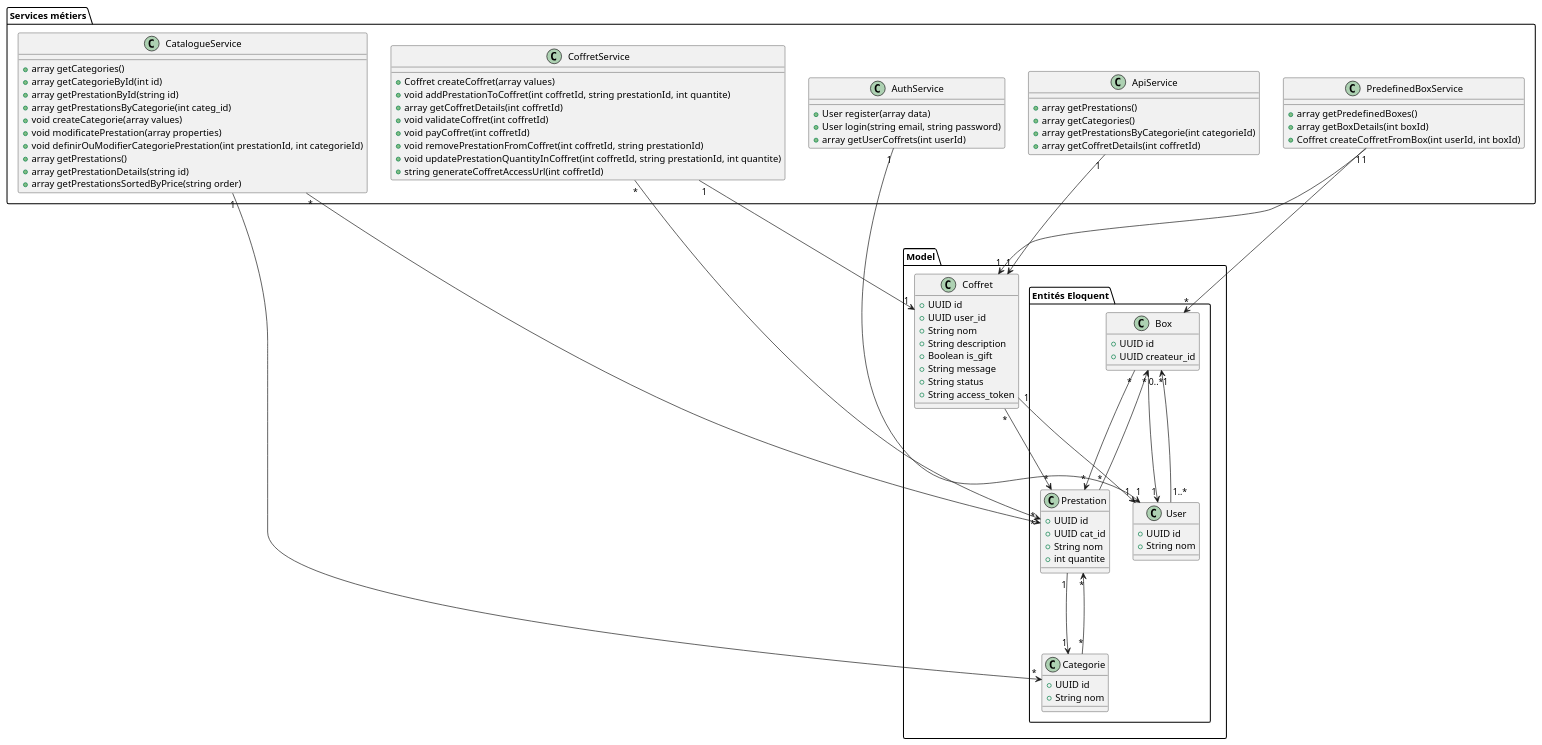
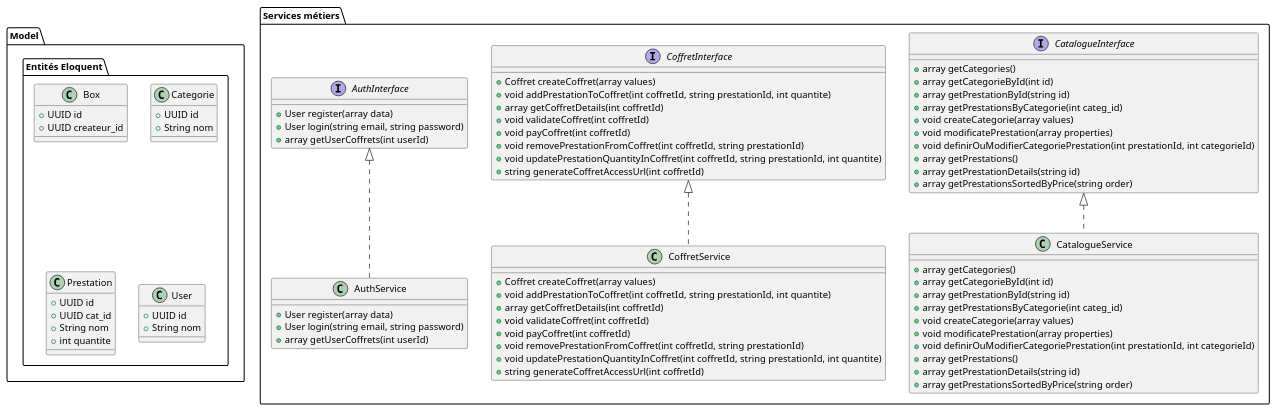
The diagram in diagrams/diagram.puml (Nin0A/mygiftbox), drawn with PlantUML before and after one commit.

Commit message:
Màj du du diagramme de classe

```diff
--- a/diagrams/diagram.puml
+++ b/diagrams/diagram.puml
@@ -1,110 +1,93 @@
 @startuml Diagramme de Classe
 
 ' Définition des classes
 package "Model" {
     package "Entités Eloquent" {
         class Box {
             +UUID id
             +UUID createur_id
         }
 
         class Categorie {
             +UUID id
             +String nom
         }
 
         class Prestation {
             +UUID id
             +UUID cat_id
             +String nom
             +int quantite
         }
 
         class User {
             +UUID id
             +String nom
         }
     }
-
-    class Coffret {
-        +UUID id
-        +UUID user_id
-        +String nom
-        +String description
-        +Boolean is_gift
-        +String message
-        +String status
-        +String access_token
-    }
 }
 
 ' Définition des services métiers
 package "Services métiers" {
-    class CatalogueService {
+    interface CatalogueInterface {
         +array getCategories()
         +array getCategorieById(int id)
         +array getPrestationById(string id)
         +array getPrestationsByCategorie(int categ_id)
         +void createCategorie(array values)
         +void modificatePrestation(array properties)
         +void definirOuModifierCategoriePrestation(int prestationId, int categorieId)
         +array getPrestations()
         +array getPrestationDetails(string id)
         +array getPrestationsSortedByPrice(string order)
     }
 
-    class CoffretService {
+    interface CoffretInterface {
         +Coffret createCoffret(array values)
         +void addPrestationToCoffret(int coffretId, string prestationId, int quantite)
         +array getCoffretDetails(int coffretId)
         +void validateCoffret(int coffretId)
         +void payCoffret(int coffretId)
         +void removePrestationFromCoffret(int coffretId, string prestationId)
         +void updatePrestationQuantityInCoffret(int coffretId, string prestationId, int quantite)
         +string generateCoffretAccessUrl(int coffretId)
     }
 
-    class AuthService {
+    interface AuthInterface {
         +User register(array data)
         +User login(string email, string password)
         +array getUserCoffrets(int userId)
     }
 
-    class PredefinedBoxService {
-        +array getPredefinedBoxes()
-        +array getBoxDetails(int boxId)
-        +Coffret createCoffretFromBox(int userId, int boxId)
+    class CatalogueService implements CatalogueInterface {
+        +array getCategories()
+        +array getCategorieById(int id)
+        +array getPrestationById(string id)
+        +array getPrestationsByCategorie(int categ_id)
+        +void createCategorie(array values)
+        +void modificatePrestation(array properties)
+        +void definirOuModifierCategoriePrestation(int prestationId, int categorieId)
+        +array getPrestations()
+        +array getPrestationDetails(string id)
+        +array getPrestationsSortedByPrice(string order)
     }
 
-    class ApiService {
-        +array getPrestations()
-        +array getCategories()
-        +array getPrestationsByCategorie(int categorieId)
+    class CoffretService implements CoffretInterface {
+        +Coffret createCoffret(array values)
+        +void addPrestationToCoffret(int coffretId, string prestationId, int quantite)
         +array getCoffretDetails(int coffretId)
+        +void validateCoffret(int coffretId)
+        +void payCoffret(int coffretId)
+        +void removePrestationFromCoffret(int coffretId, string prestationId)
+        +void updatePrestationQuantityInCoffret(int coffretId, string prestationId, int quantite)
+        +string generateCoffretAccessUrl(int coffretId)
+    }
+
+    class AuthService implements AuthInterface {
+        +User register(array data)
+        +User login(string email, string password)
+        +array getUserCoffrets(int userId)
     }
 }
 
-' Associations entre les classes
-Box "0..*" ---> "1" User
-Box "1" <--- "1..*" User
-
-Box "*" ---> "*" Prestation
-Prestation "*" ---> "*" Box
-
-Prestation "1" ---> "1" Categorie
-Categorie "*" ---> "*" Prestation
-
-Coffret "1" ---> "1" User
-Coffret "*" ---> "*" Prestation
-
-' Associations entre les services et les entités
-CatalogueService "1" ---> "*" Categorie
-CatalogueService "*" ---> "*" Prestation
-CoffretService "1" ---> "1" Coffret
-CoffretService "*" ---> "*" Prestation
-AuthService "1" ---> "1" User
-PredefinedBoxService "1" ---> "*" Box
-PredefinedBoxService "1" ---> "1" Coffret
-ApiService "1" ---> "1" Coffret
-
 @enduml
```
